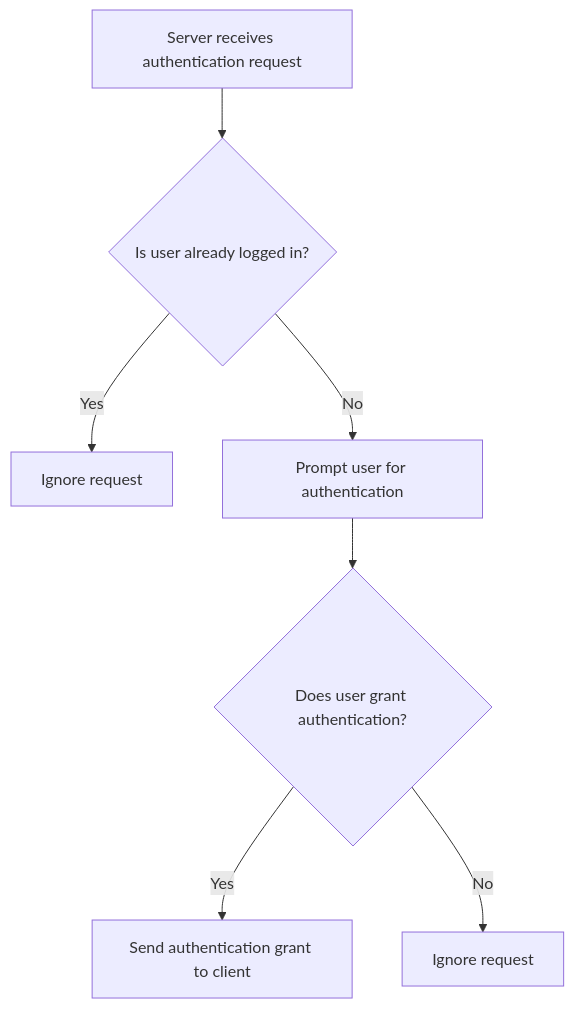
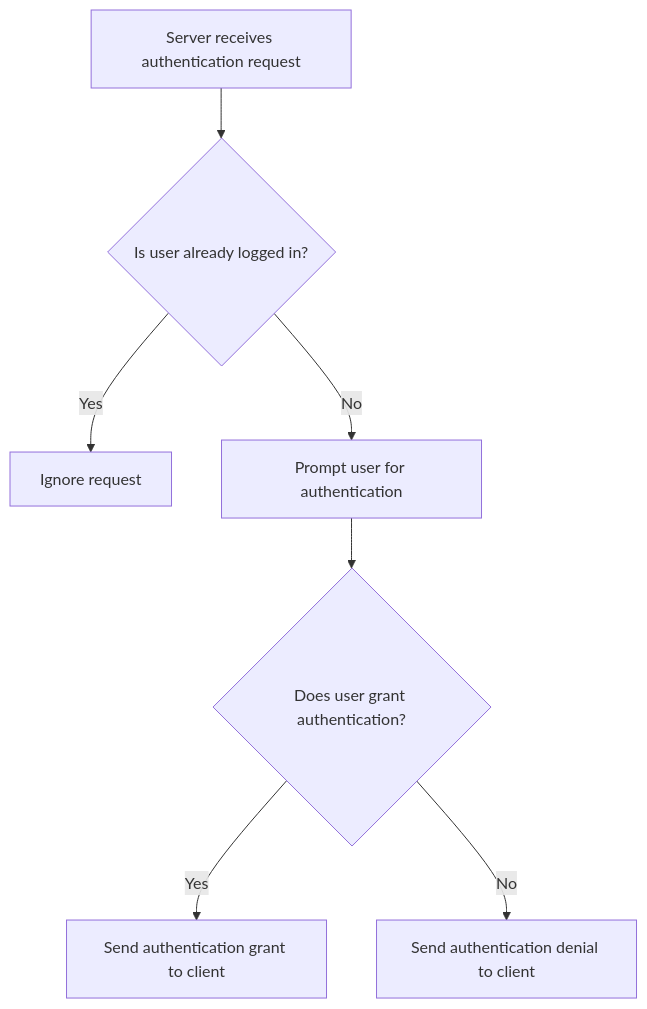
Before and after one commit to Lolle2000la/tapauth: the first of 2 diagrams in docs/design-documents/protocol/user-authentication-flow.md, drawn with Mermaid. The commit also changed other lines of this file and 6 other files, not shown here.

````diff
--- a/docs/design-documents/protocol/user-authentication-flow.md
+++ b/docs/design-documents/protocol/user-authentication-flow.md
@@ -7,9 +7,9 @@
 ```mermaid
 flowchart TD
     A[Server receives authentication request] --> B{Is user already logged in?}
     B -- Yes --> C[Ignore request]
     B -- No --> D[Prompt user for authentication]
     D --> E{Does user grant authentication?}
     E -- Yes --> F[Send authentication grant to client]
-    E -- No --> G[Ignore request]
+    E -- No --> G[Send authentication denial to client]
 ```
````
